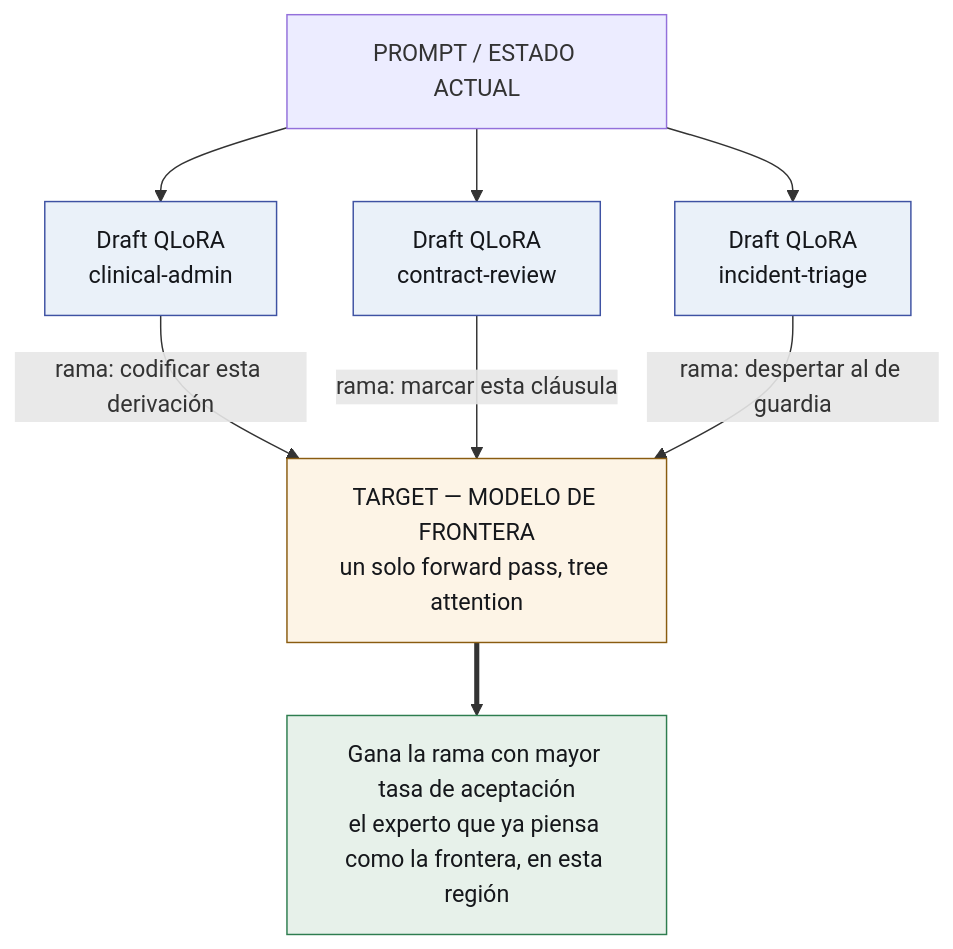
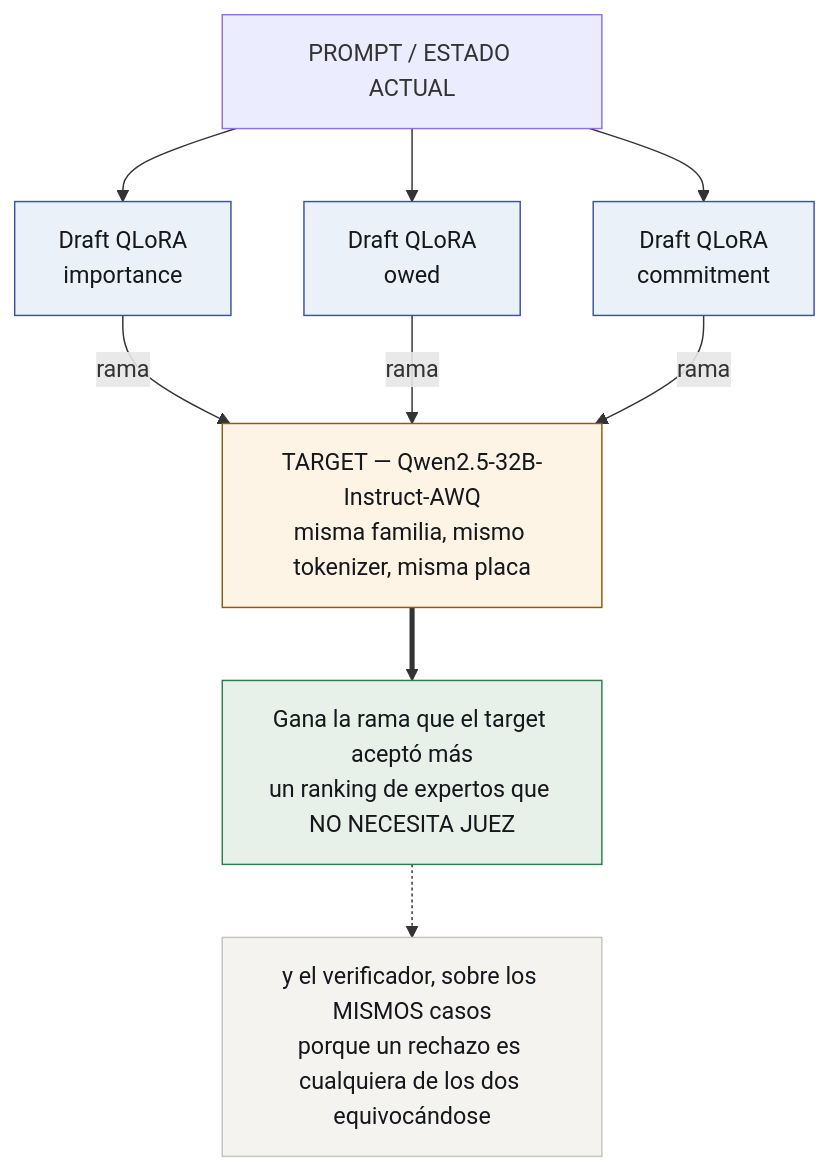
One commit to EvolvingAgentsLabs/lora-kernel changed the first of 2 diagrams in README.es.md. Above: the diagram before and after it, drawn with Mermaid. The commit also changed other lines of this file and 7 other files, not shown here.

````diff
--- a/README.es.md
+++ b/README.es.md
@@ -134,24 +134,28 @@
 ```mermaid
 flowchart TD
     P["PROMPT / ESTADO ACTUAL"]
-    A["Draft QLoRA<br>clinical-admin"]
-    B["Draft QLoRA<br>contract-review"]
-    C["Draft QLoRA<br>incident-triage"]
-    T["TARGET — MODELO DE FRONTERA<br>un solo forward pass, tree attention"]
-    W["Gana la rama con mayor tasa de aceptación<br>el experto que ya piensa como la frontera, en esta región"]
+    A["Draft QLoRA<br>importance"]
+    B["Draft QLoRA<br>owed"]
+    C["Draft QLoRA<br>commitment"]
+    T["TARGET — Qwen2.5-32B-Instruct-AWQ<br>misma familia, mismo tokenizer, misma placa"]
+    W["Gana la rama que el target aceptó más<br>un ranking de expertos que NO NECESITA JUEZ"]
+    V["y el verificador, sobre los MISMOS casos<br>porque un rechazo es cualquiera de los dos equivocándose"]
 
     P --> A
     P --> B
     P --> C
-    A -- "rama: codificar esta derivación" --> T
-    B -- "rama: marcar esta cláusula" --> T
-    C -- "rama: despertar al de guardia" --> T
+    A -- "rama" --> T
+    B -- "rama" --> T
+    C -- "rama" --> T
     T ==> W
+    W -.-> V
 
     classDef expert fill:#EAF1F9,stroke:#3E52A3,color:#15171B
     classDef target fill:#FDF4E6,stroke:#8A5C10,color:#15171B
     classDef win fill:#E7F1EA,stroke:#2E7D4F,color:#15171B
     class A,B,C expert
     class T target
     class W win
+    class V neutral
+    classDef neutral fill:#F4F3F0,stroke:#C4C4BF,color:#15171B
 ```
````
